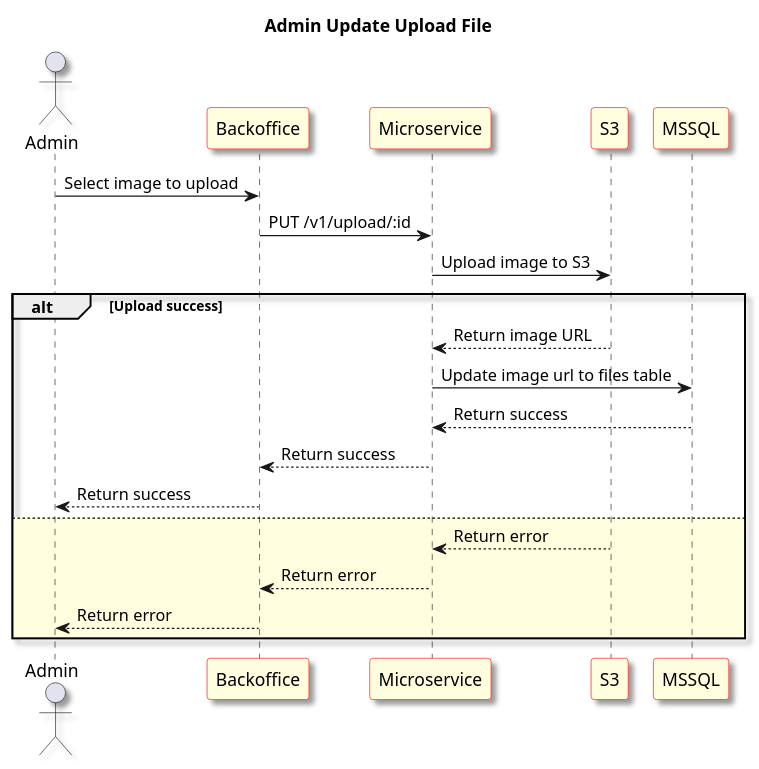
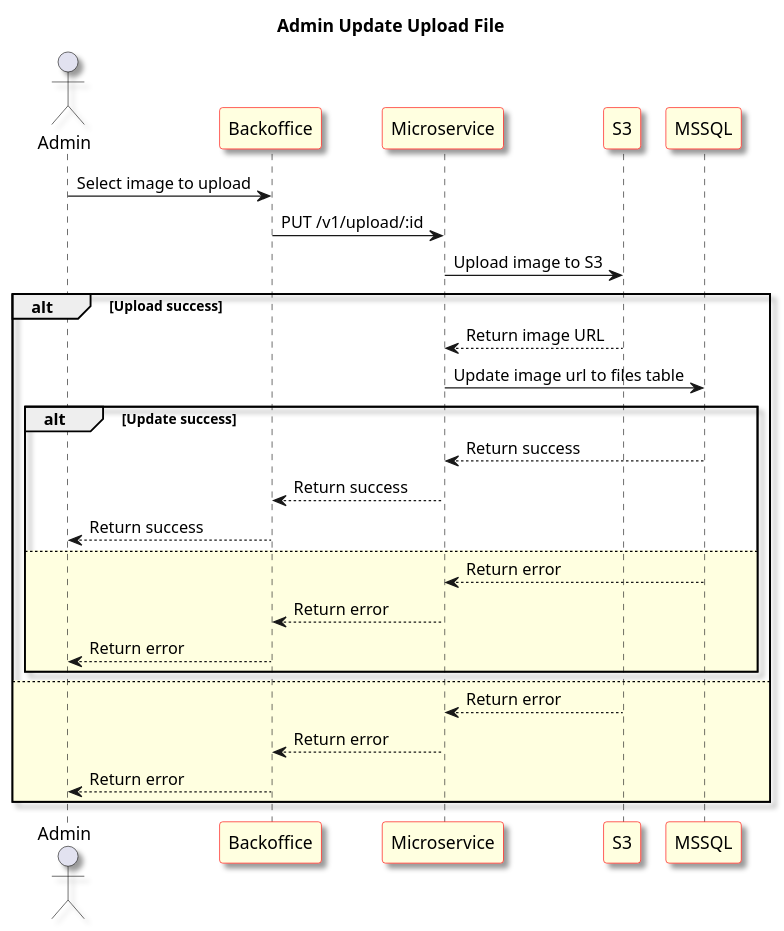
The diagram in Sequence-Diagram/9. AdminUpdateUploadFiles.wsd (aofiee/Job1-Diagram), drawn with PlantUML before and after one commit. The commit also changed 56 other files, not shown here.

```diff
--- a/Sequence-Diagram/9. AdminUpdateUploadFiles.wsd
+++ b/Sequence-Diagram/9. AdminUpdateUploadFiles.wsd
@@ -1,36 +1,40 @@
 @startuml Admin Update Upload File
 skinparam shadowing true
 skinparam sequence {
 	ParticipantBackgroundColor LightYellow
 	ParticipantBorderColor red
 }
 Title: Admin Update Upload File
 actor "Admin" as User1
 participant "Backoffice" as Frontend
 participant "Microservice" as Microservice
 participant "S3" as S3
 participant "MSSQL" as Database
 
 User1 -> Frontend: Select image to upload
 
 Frontend -> Microservice: PUT /v1/upload/:id
 
 Microservice -> S3: Upload image to S3
 
 alt Upload success
 	S3 --> Microservice: Return image URL
 	Microservice -> Database: Update image url to files table
 
-	Database --> Microservice: Return success
-
-	Frontend <-- Microservice: Return success
-
-	User1 <-- Frontend: Return success
+	alt Update success
+		Database --> Microservice: Return success
+		Microservice --> Frontend: Return success
+		User1 <-- Frontend: Return success
+	else #LightYellow
+		Database --> Microservice: Return error
+		Microservice --> Frontend: Return error
+		User1 <-- Frontend: Return error
+	end
 else #LightYellow
 	S3 --> Microservice: Return error
 	Microservice --> Frontend: Return error
 	User1 <-- Frontend: Return error
 end
 
 
 @enduml
```
